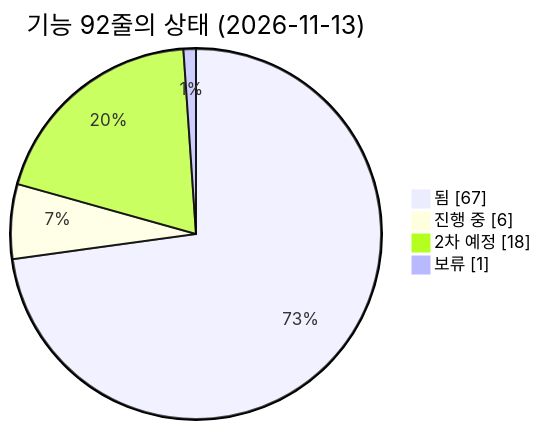
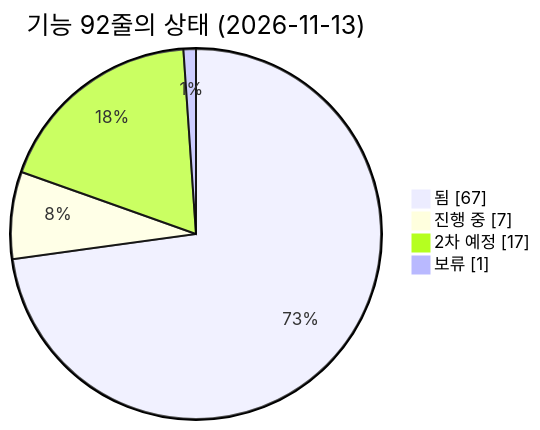
Before and after one commit to agent-ddalgi-team/final-geosan: the first of 4 diagrams in docs/map/feature-map.md, drawn with Mermaid. The commit also changed other lines of this file and 13 other files, not shown here.

````diff
--- a/docs/map/feature-map.md
+++ b/docs/map/feature-map.md
@@ -31,8 +32,8 @@
 ```mermaid
 pie showData
     title 기능 92줄의 상태 (2026-11-13)
     "됨" : 67
-    "진행 중" : 6
-    "2차 예정" : 18
+    "진행 중" : 7
+    "2차 예정" : 17
     "보류" : 1
 ```
````
